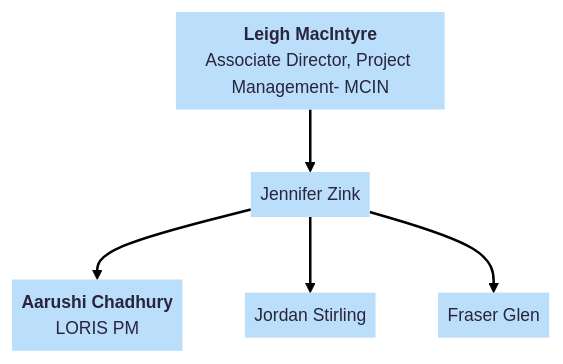
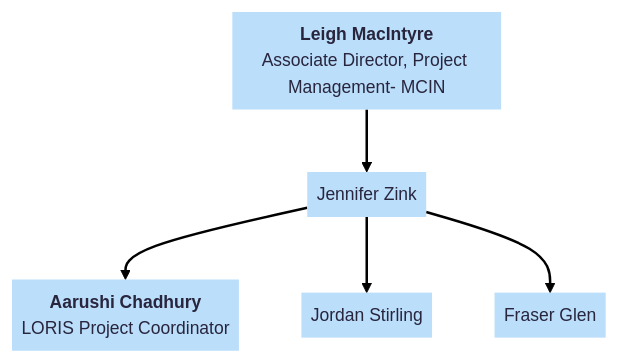
One commit to DCAN-Labs/hbcd-docs-internal changed the third of 9 diagrams in docs/orgcharts.md. Above: the diagram before and after it, drawn with Mermaid.

````diff
--- a/docs/orgcharts.md
+++ b/docs/orgcharts.md
@@ -380,19 +380,19 @@
 ```mermaid
 ---
 config:
   theme: redux
 ---
 flowchart TD
     A@{ label: "<b>Leigh MacIntyre</b><br>Associate Director, Project Management- MCIN" } --> B["Jennifer Zink"]
-    B --> C["<b>Aarushi Chadhury</b><br>LORIS PM"] & D["Jordan Stirling"] & n1["Fraser Glen"]
+    B --> C["<b>Aarushi Chadhury</b><br>LORIS Project Coordinator"] & D["Jordan Stirling"] & n1["Fraser Glen"]
     A@{ shape: text}
     B@{ shape: text}
     C@{ shape: text}
     D@{ shape: text}
     n1@{ shape: text}
     style A fill:#BBDEFB
     style B fill:#BBDEFB
     style C fill:#BBDEFB
     style D fill:#BBDEFB
     style n1 fill:#BBDEFB
 ```
````
